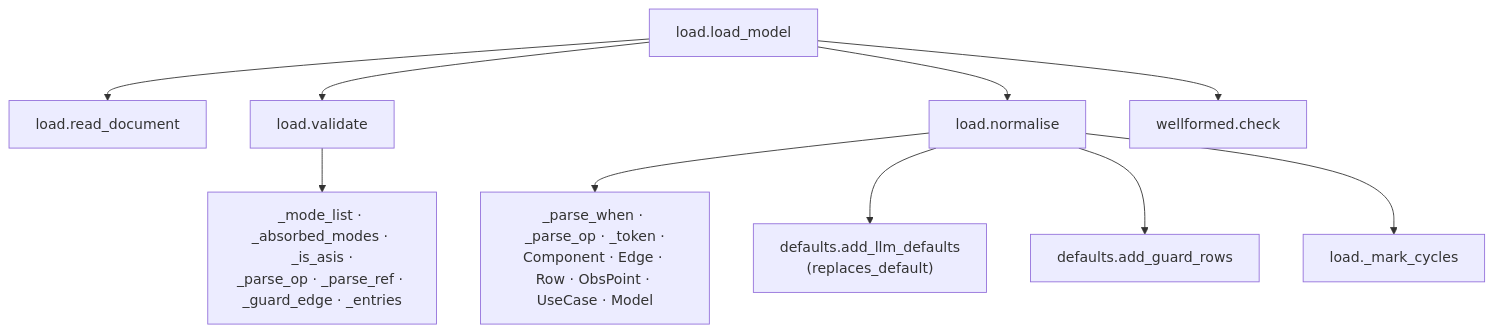
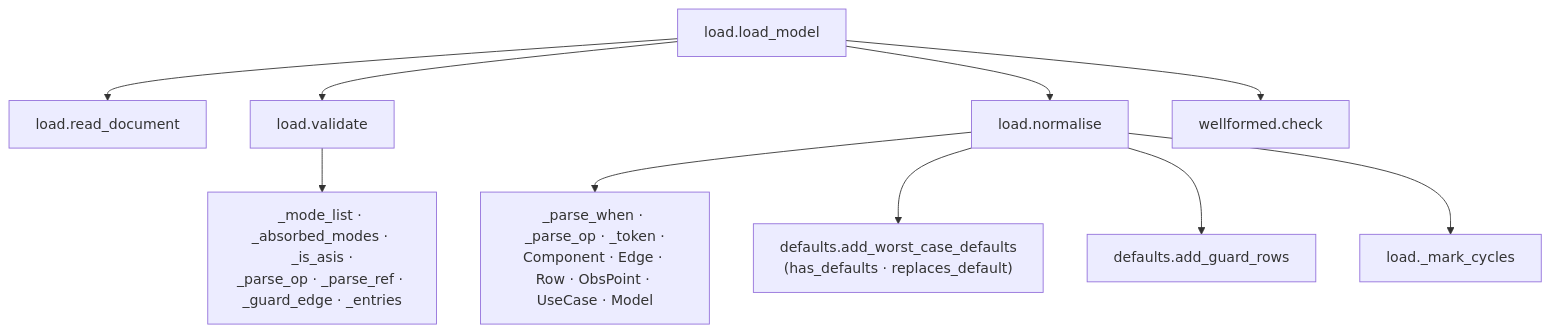
The third of 11 diagrams in docs/developer-guide.md (nmarci7/Bimodal-EPA), drawn with Mermaid before and after one commit. The commit also changed other lines of this file and 48 other files, not shown here.

````diff
--- a/docs/developer-guide.md
+++ b/docs/developer-guide.md
@@ -131,12 +131,12 @@
 ```mermaid
 flowchart TD
   LM["load.load_model"] --> RD["load.read_document"]
   LM --> VA["load.validate"]
   VA --> V1["_mode_list · _absorbed_modes · _is_asis ·<br/>_parse_op · _parse_ref · _guard_edge · _entries"]
   LM --> NO["load.normalise"]
   NO --> N1["_parse_when · _parse_op · _token ·<br/>Component · Edge · Row · ObsPoint · UseCase · Model"]
-  NO --> D1["defaults.add_llm_defaults<br/>(replaces_default)"]
+  NO --> D1["defaults.add_worst_case_defaults<br/>(has_defaults · replaces_default)"]
   NO --> D2["defaults.add_guard_rows"]
   NO --> MC["load._mark_cycles"]
   LM --> WF["wellformed.check"]
 ```
````
